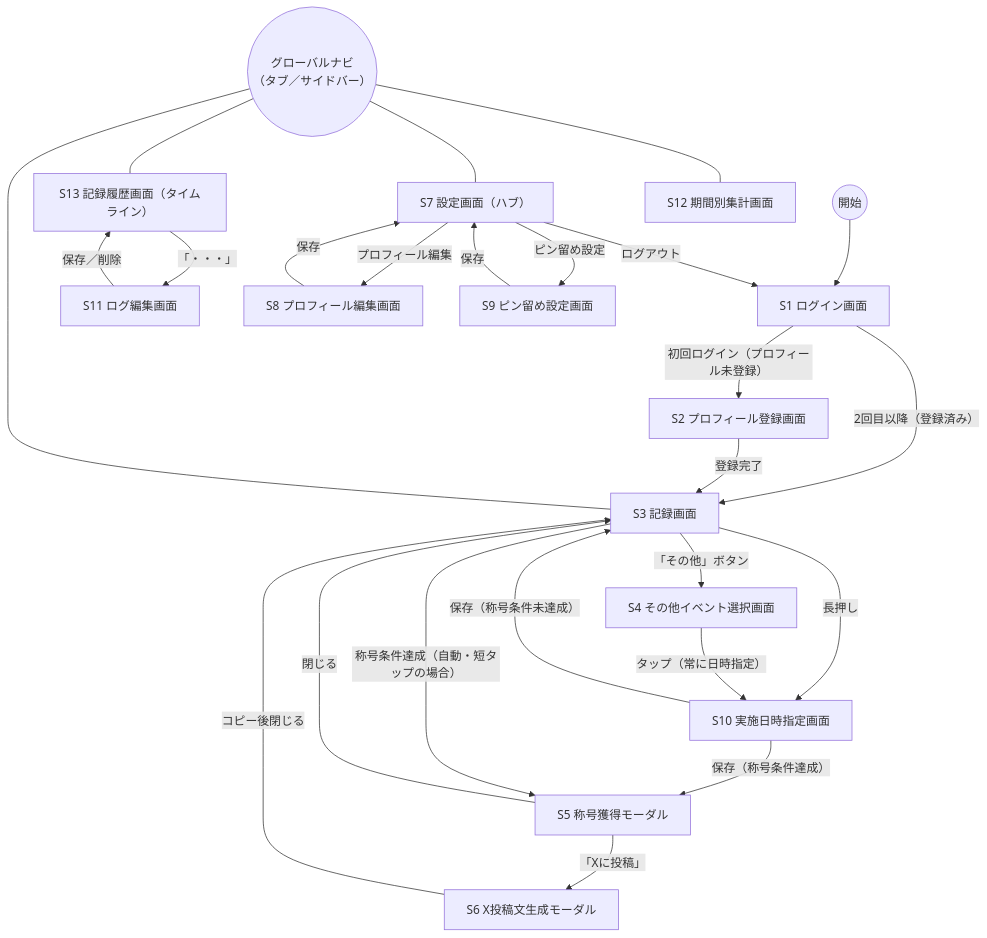
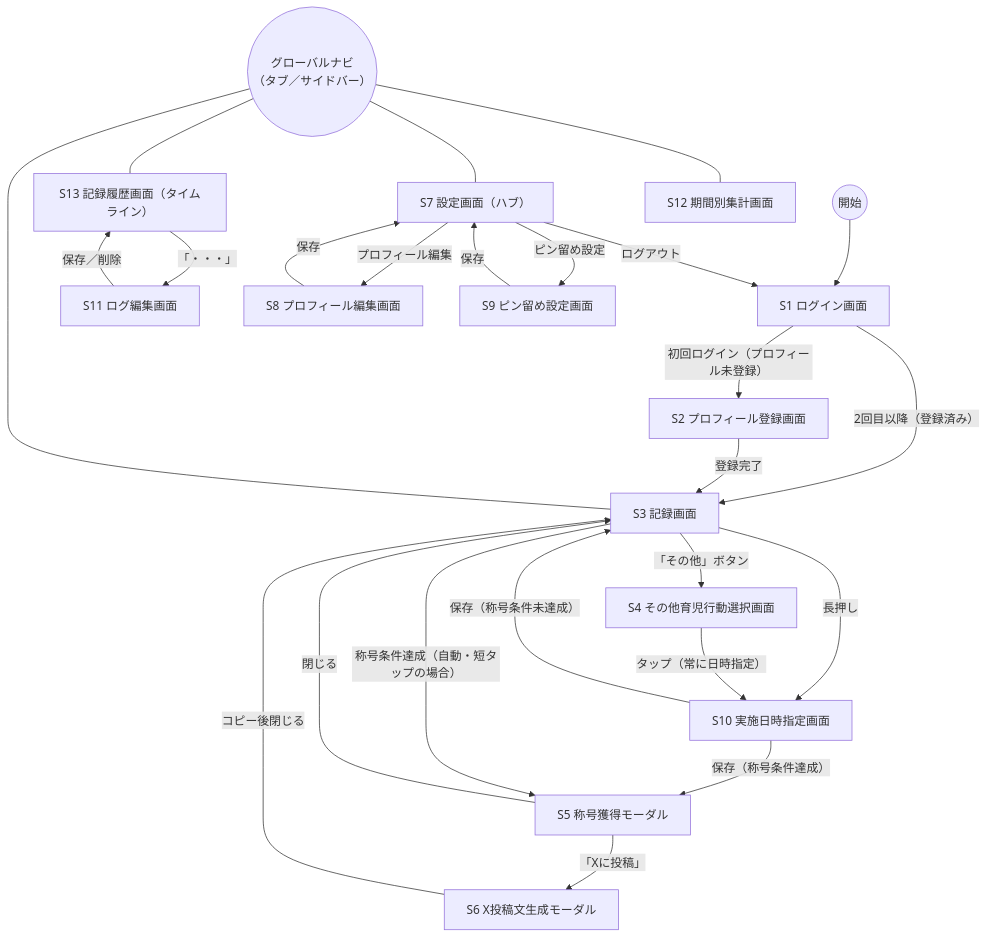
One commit to sawatch-fisherman/father-parenting-log changed the diagram in docs/screens.md. Above: the diagram before and after it, drawn with Mermaid. The commit also changed other lines of this file and 36 other files, not shown here.

````diff
--- a/docs/screens.md
+++ b/docs/screens.md
@@ -53,37 +53,37 @@
 ```mermaid
 flowchart TD
     START(("開始")) --> S1
 
     S1["S1 ログイン画面"] -->|"初回ログイン（プロフィール未登録）"| S2
     S1 -->|"2回目以降（登録済み）"| S3
 
     S2["S2 プロフィール登録画面"] -->|"登録完了"| S3
 
     S3["S3 記録画面"] -->|"「その他」ボタン"| S4
-    S4["S4 その他イベント選択画面"]
+    S4["S4 その他育児行動選択画面"]
 
     S3 -->|"長押し"| S10
     S4 -->|"タップ（常に日時指定）"| S10
     S10["S10 実施日時指定画面"] -->|"保存（称号条件未達成）"| S3
     S10 -->|"保存（称号条件達成）"| S5
 
     S3 -->|"称号条件達成（自動・短タップの場合）"| S5
     S5["S5 称号獲得モーダル"] -->|"「Xに投稿」"| S6
     S5 -->|"閉じる"| S3
     S6["S6 X投稿文生成モーダル"] -->|"コピー後閉じる"| S3
 
     S13["S13 記録履歴画面（タイムライン）"] -->|"「・・・」"| S11
     S11["S11 ログ編集画面"] -->|"保存／削除"| S13
 
     S7["S7 設定画面（ハブ）"] -->|"プロフィール編集"| S8
     S7 -->|"ピン留め設定"| S9
     S8["S8 プロフィール編集画面"] -->|"保存"| S7
     S9["S9 ピン留め設定画面"] -->|"保存"| S7
     S7 -->|"ログアウト"| S1
 
     GNAV(("グローバルナビ<br>（タブ／サイドバー）"))
     GNAV --- S3
     GNAV --- S12["S12 期間別集計画面"]
     GNAV --- S13
     GNAV --- S7
 ```
````
